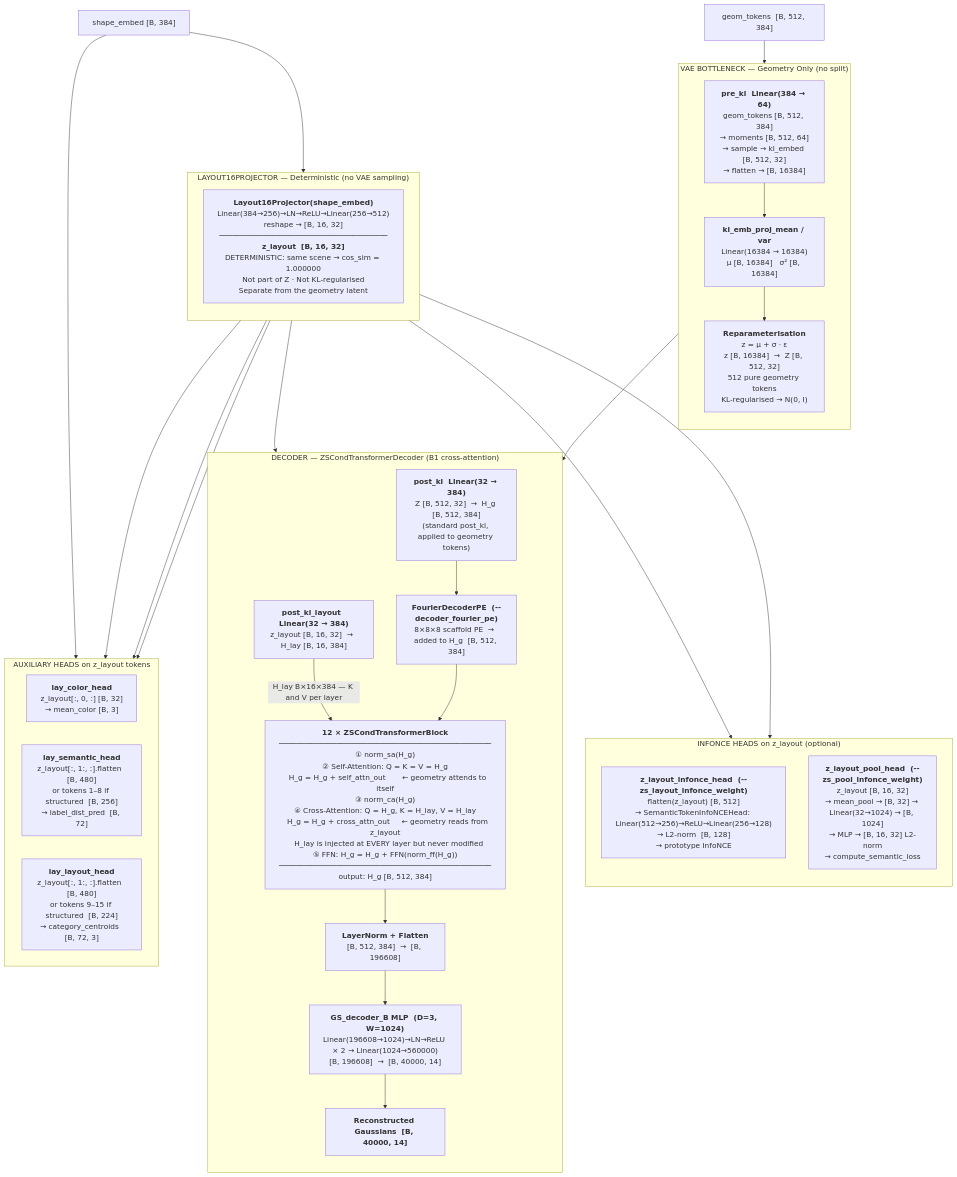
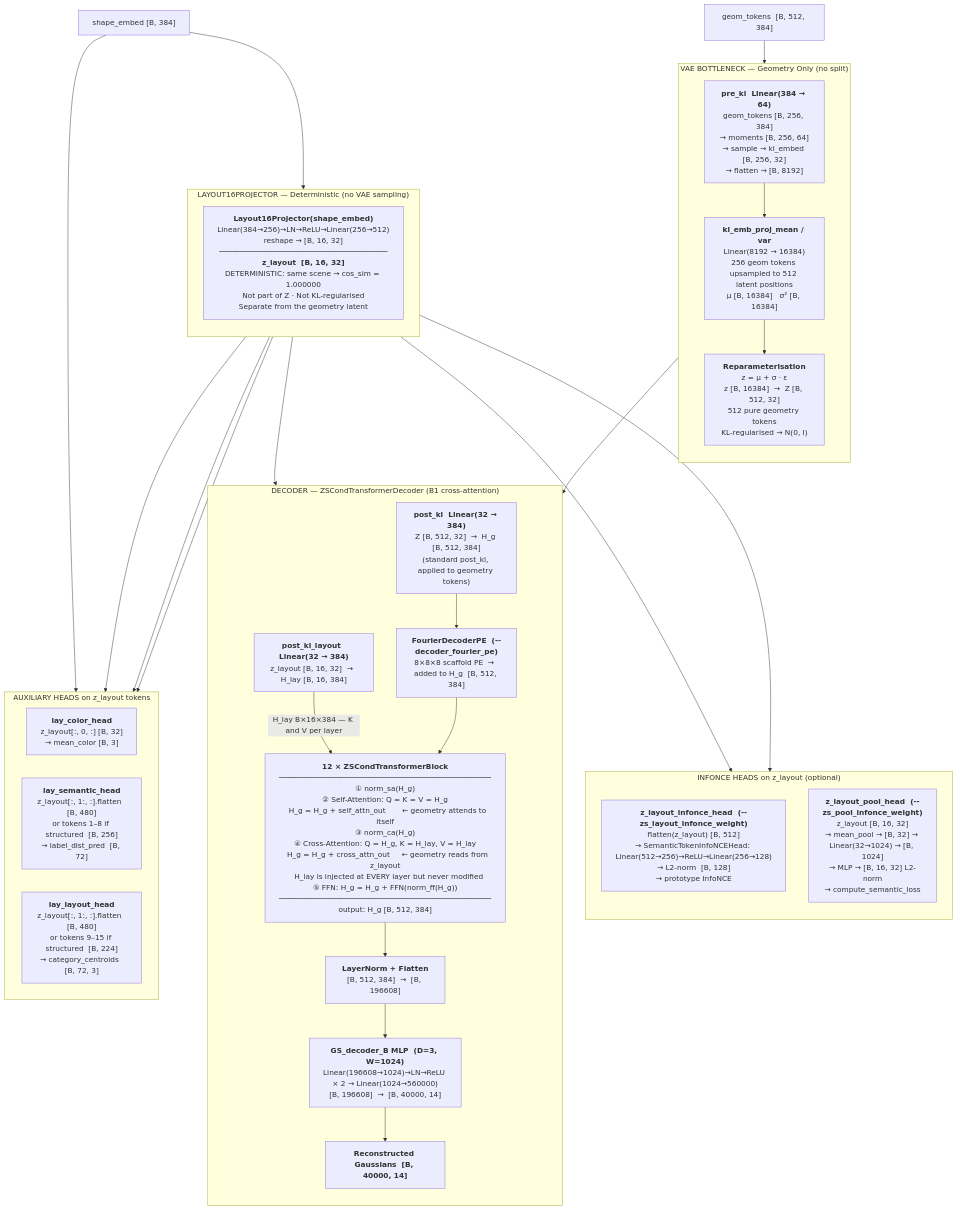
The fourth of 8 diagrams in README_NEW.md (Hafeezmhk7/Semantic-Scene-Completion), drawn with Mermaid before and after one commit. The commit also changed other lines of this file, not shown here.

````diff
--- a/README_NEW.md
+++ b/README_NEW.md
@@ -247,61 +258,61 @@
 ```mermaid
 flowchart TD
     SE_B["shape_embed  [B, 384]"]
     GT_B["geom_tokens  [B, 512, 384]"]
 
     subgraph BOT_B["VAE BOTTLENECK — Geometry Only (no split)"]
         direction TB
-        PREKL_B["<b>pre_kl  Linear(384 → 64)</b><br/>geom_tokens [B, 512, 384]<br/>→ moments [B, 512, 64]<br/>→ sample → kl_embed [B, 512, 32]<br/>→ flatten → [B, 16384]"]
-        MU_B["<b>kl_emb_proj_mean / var</b><br/>Linear(16384 → 16384)<br/>μ [B, 16384]   σ² [B, 16384]"]
+        PREKL_B["<b>pre_kl  Linear(384 → 64)</b><br/>geom_tokens [B, 256, 384]<br/>→ moments [B, 256, 64]<br/>→ sample → kl_embed [B, 256, 32]<br/>→ flatten → [B, 8192]"]
+        MU_B["<b>kl_emb_proj_mean / var</b><br/>Linear(8192 → 16384)<br/>256 geom tokens upsampled to 512 latent positions<br/>μ [B, 16384]   σ² [B, 16384]"]
         REPARAM_B["<b>Reparameterisation</b><br/>z = μ + σ · ε<br/>z [B, 16384]  →  Z [B, 512, 32]<br/>512 pure geometry tokens<br/>KL-regularised → N(0, I)"]
     end
 
     subgraph PROJECTOR["LAYOUT16PROJECTOR — Deterministic (no VAE sampling)"]
         direction TB
         L16["<b>Layout16Projector(shape_embed)</b><br/>Linear(384→256)→LN→ReLU→Linear(256→512)<br/>reshape → [B, 16, 32]<br/>──────────────────────────────────────<br/><b>z_layout  [B, 16, 32]</b><br/>DETERMINISTIC: same scene → cos_sim = 1.000000<br/>Not part of Z · Not KL-regularised<br/>Separate from the geometry latent"]
     end
 
     subgraph HEADS_B["AUXILIARY HEADS on z_layout tokens"]
         direction LR
         HC_B["<b>lay_color_head</b><br/>z_layout[:, 0, :]  [B, 32]<br/>→ mean_color  [B, 3]"]
         HS_B["<b>lay_semantic_head</b><br/>z_layout[:, 1:, :].flatten  [B, 480]<br/>or tokens 1–8 if structured  [B, 256]<br/>→ label_dist_pred  [B, 72]"]
         HL_B["<b>lay_layout_head</b><br/>z_layout[:, 1:, :].flatten  [B, 480]<br/>or tokens 9–15 if structured  [B, 224]<br/>→ category_centroids  [B, 72, 3]"]
     end
 
     subgraph INFONCE_B["INFONCE HEADS on z_layout (optional)"]
         direction TB
         LAYNCE_B["<b>z_layout_infonce_head  (--zs_layout_infonce_weight)</b><br/>flatten(z_layout) [B, 512]<br/>→ SemanticTokenInfoNCEHead: Linear(512→256)→ReLU→Linear(256→128)<br/>→ L2-norm  [B, 128]<br/>→ prototype InfoNCE"]
         POOLNCE_B["<b>z_layout_pool_head  (--zs_pool_infonce_weight)</b><br/>z_layout [B, 16, 32]<br/>→ mean_pool → [B, 32] → Linear(32→1024) → [B, 1024]<br/>→ MLP → [B, 16, 32] L2-norm<br/>→ compute_semantic_loss"]
     end
 
     subgraph DECODER_B1["DECODER — ZSCondTransformerDecoder (B1 cross-attention)"]
         direction TB
 
         POSTKL_GEO["<b>post_kl  Linear(32 → 384)</b><br/>Z [B, 512, 32]  →  H_g [B, 512, 384]<br/>(standard post_kl, applied to geometry tokens)"]
 
         POSTKL_LAY["<b>post_kl_layout  Linear(32 → 384)</b><br/>z_layout [B, 16, 32]  →  H_lay [B, 16, 384]"]
 
         FOURPE_B["<b>FourierDecoderPE  (--decoder_fourier_pe)</b><br/>8×8×8 scaffold PE  →  added to H_g  [B, 512, 384]"]
 
         LAYER["<b>12 × ZSCondTransformerBlock</b><br/>────────────────────────────────────────────────<br/>① norm_sa(H_g)<br/>② Self-Attention: Q = K = V = H_g<br/>   H_g = H_g + self_attn_out       ← geometry attends to itself<br/>③ norm_ca(H_g)<br/>④ Cross-Attention: Q = H_g, K = H_lay, V = H_lay<br/>   H_g = H_g + cross_attn_out     ← geometry reads from z_layout<br/>   H_lay is injected at EVERY layer but never modified<br/>⑤ FFN: H_g = H_g + FFN(norm_ff(H_g))<br/>────────────────────────────────────────────────<br/>output: H_g [B, 512, 384]"]
 
         FLAT_B["<b>LayerNorm + Flatten</b><br/>[B, 512, 384]  →  [B, 196608]"]
 
         GSMLP_B["<b>GS_decoder_B MLP  (D=3, W=1024)</b><br/>Linear(196608→1024)→LN→ReLU × 2 → Linear(1024→560000)<br/>[B, 196608]  →  [B, 40000, 14]"]
 
         OUT_B["<b>Reconstructed Gaussians  [B, 40000, 14]</b>"]
     end
 
     SE_B --> L16
     SE_B --> HEADS_B
     GT_B --> PREKL_B --> MU_B --> REPARAM_B
 
     L16 --> HC_B & HS_B & HL_B
     L16 --> LAYNCE_B & POOLNCE_B
     L16 --> POSTKL_LAY
 
     REPARAM_B --> POSTKL_GEO --> FOURPE_B
     POSTKL_LAY -->|"H_lay B×16×384 — K and V per layer"| LAYER
     FOURPE_B --> LAYER
     LAYER --> FLAT_B --> GSMLP_B --> OUT_B
 ```
````
